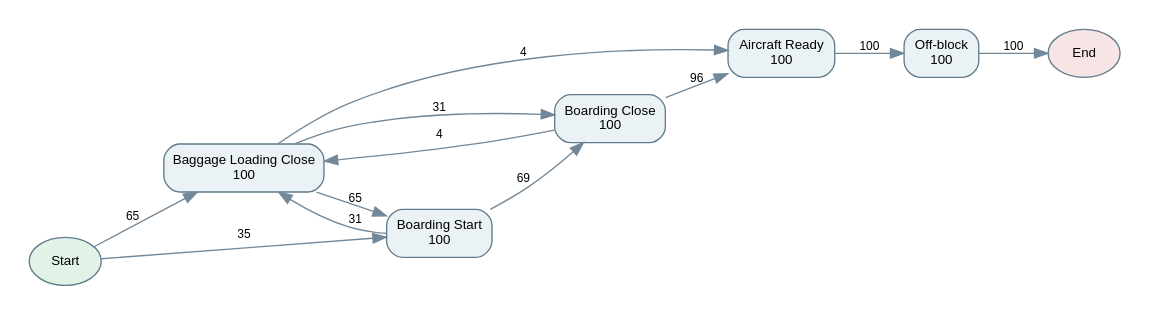
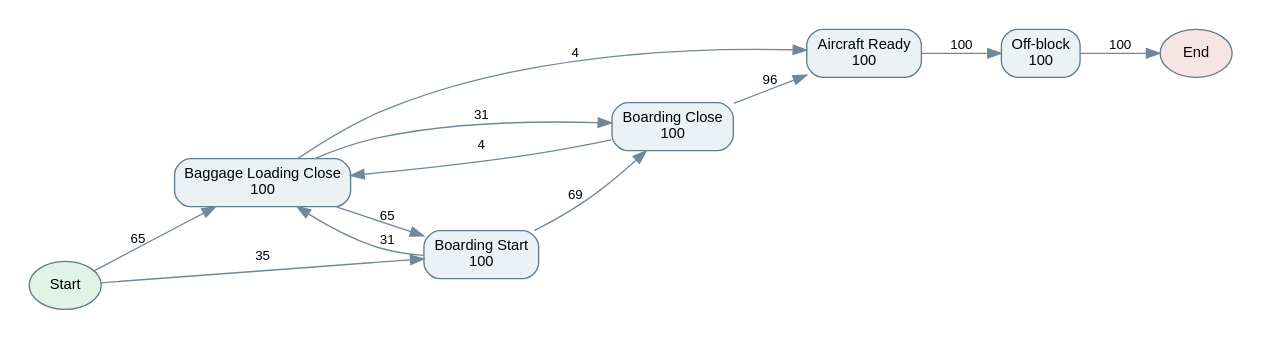
One commit to jiwonpark7913/NL2EVENTLOG changed the diagram in datasets/synthetic/airlineflow/gold/Q03/dfg.dot. Above: the diagram before and after it, drawn with Graphviz. The commit also changed 146 other files, not shown here.

```diff
--- a/datasets/synthetic/airlineflow/gold/Q03/dfg.dot
+++ b/datasets/synthetic/airlineflow/gold/Q03/dfg.dot
@@ -1,20 +1,20 @@
 digraph G {
-rankdir=LR; graph [bgcolor="white",pad=0.2,nodesep=0.3,ranksep=0.5]; node [shape=box,style="rounded,filled",fillcolor="#eaf2f6",color="#607b8b",fontname="Arial",fontsize=10]; edge [color="#728899",fontname="Arial",fontsize=9];
+rankdir=LR; graph [bgcolor="white",pad=0.2,nodesep=0.35,ranksep=0.6]; node [shape=box,style="rounded,filled",fillcolor="#eaf2f6",color="#607b8b",fontname="Arial",fontsize=11]; edge [color="#728899",fontname="Arial",fontsize=10];
 start [label="Start",shape=oval,fillcolor="#e1f2e7"]; end [label="End",shape=oval,fillcolor="#f7e4e4"];
 n0 [label="Aircraft Ready\n100"];
 n1 [label="Baggage Loading Close\n100"];
 n2 [label="Boarding Close\n100"];
 n3 [label="Boarding Start\n100"];
 n4 [label="Off-block\n100"];
 n0 -> n4 [label="100"];
 n1 -> n0 [label="4"];
 n1 -> n2 [label="31"];
 n1 -> n3 [label="65"];
 n2 -> n0 [label="96"];
 n2 -> n1 [label="4"];
 n3 -> n1 [label="31"];
 n3 -> n2 [label="69"];
 n4 -> end [label="100"];
 start -> n1 [label="65"];
 start -> n3 [label="35"];
 }
```
